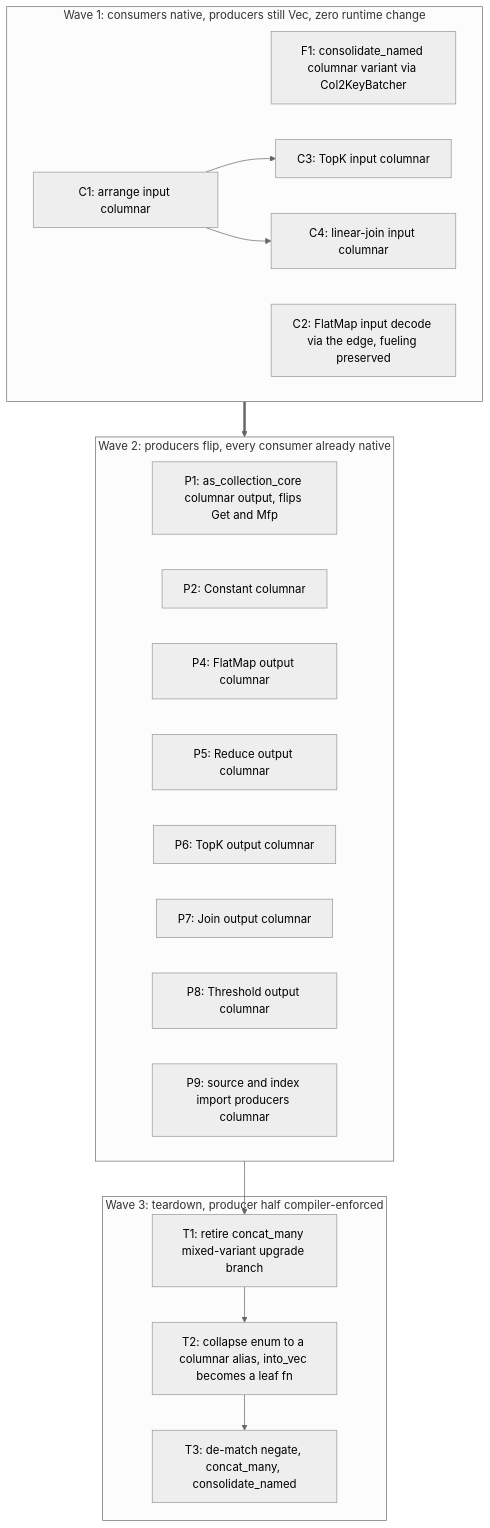
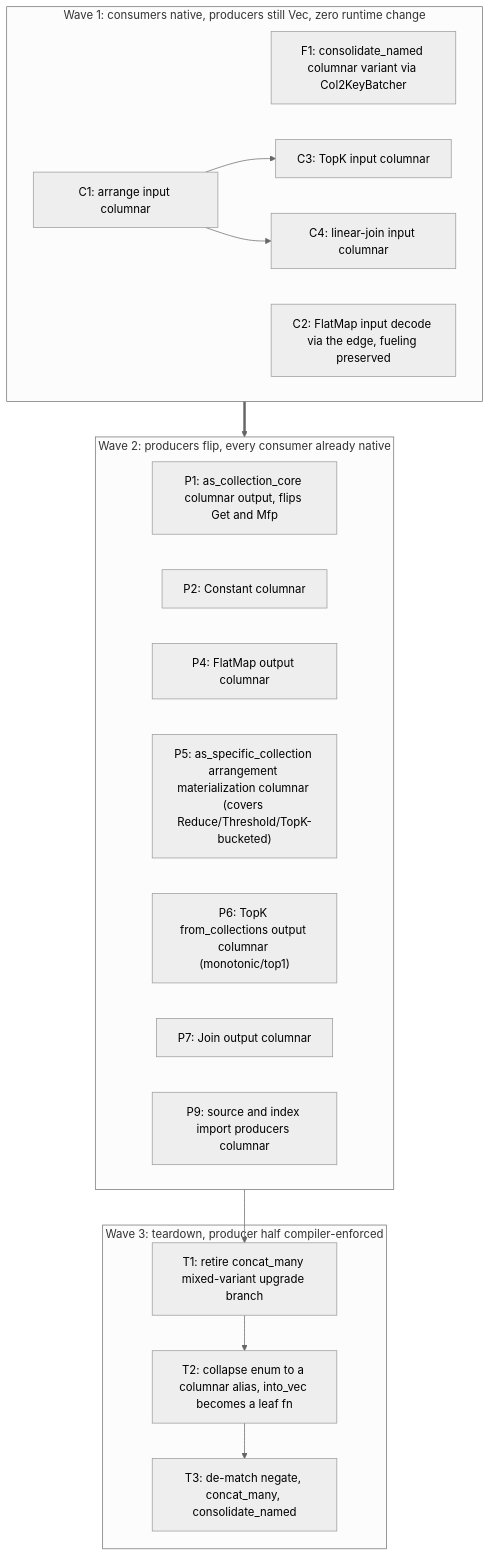
One commit to MaterializeInc/materialize changed the diagram in doc/developer/design/20260720_columnar_dataflow_edges.md. Above: the diagram before and after it, drawn with Mermaid (neutral theme). The commit also changed other lines of this file, not shown here.

First line of the commit message:
doc: reframe P5 as shared as_specific_collection materialization; P8 subsumed

````diff
--- a/doc/developer/design/20260720_columnar_dataflow_edges.md
+++ b/doc/developer/design/20260720_columnar_dataflow_edges.md
@@ -143,31 +143,30 @@
 ```mermaid
 graph TD
   subgraph Wave1["Wave 1: consumers native, producers still Vec, zero runtime change"]
     F1["F1: consolidate_named columnar variant via Col2KeyBatcher"]
     C1["C1: arrange input columnar"]
     C2["C2: FlatMap input decode via the edge, fueling preserved"]
     C3["C3: TopK input columnar"]
     C4["C4: linear-join input columnar"]
   end
   subgraph Wave2["Wave 2: producers flip, every consumer already native"]
     P1["P1: as_collection_core columnar output, flips Get and Mfp"]
     P2["P2: Constant columnar"]
     P4["P4: FlatMap output columnar"]
-    P5["P5: Reduce output columnar"]
-    P6["P6: TopK output columnar"]
+    P5["P5: as_specific_collection arrangement materialization columnar (covers Reduce/Threshold/TopK-bucketed)"]
+    P6["P6: TopK from_collections output columnar (monotonic/top1)"]
     P7["P7: Join output columnar"]
-    P8["P8: Threshold output columnar"]
     P9["P9: source and index import producers columnar"]
   end
   subgraph Wave3["Wave 3: teardown, producer half compiler-enforced"]
     T1["T1: retire concat_many mixed-variant upgrade branch"]
     T2["T2: collapse enum to a columnar alias, into_vec becomes a leaf fn"]
     T3["T3: de-match negate, concat_many, consolidate_named"]
   end
   C1 --> C3
   C1 --> C4
   Wave1 ==> Wave2
   Wave2 --> T1
   T1 --> T2
   T2 --> T3
 ```
````
